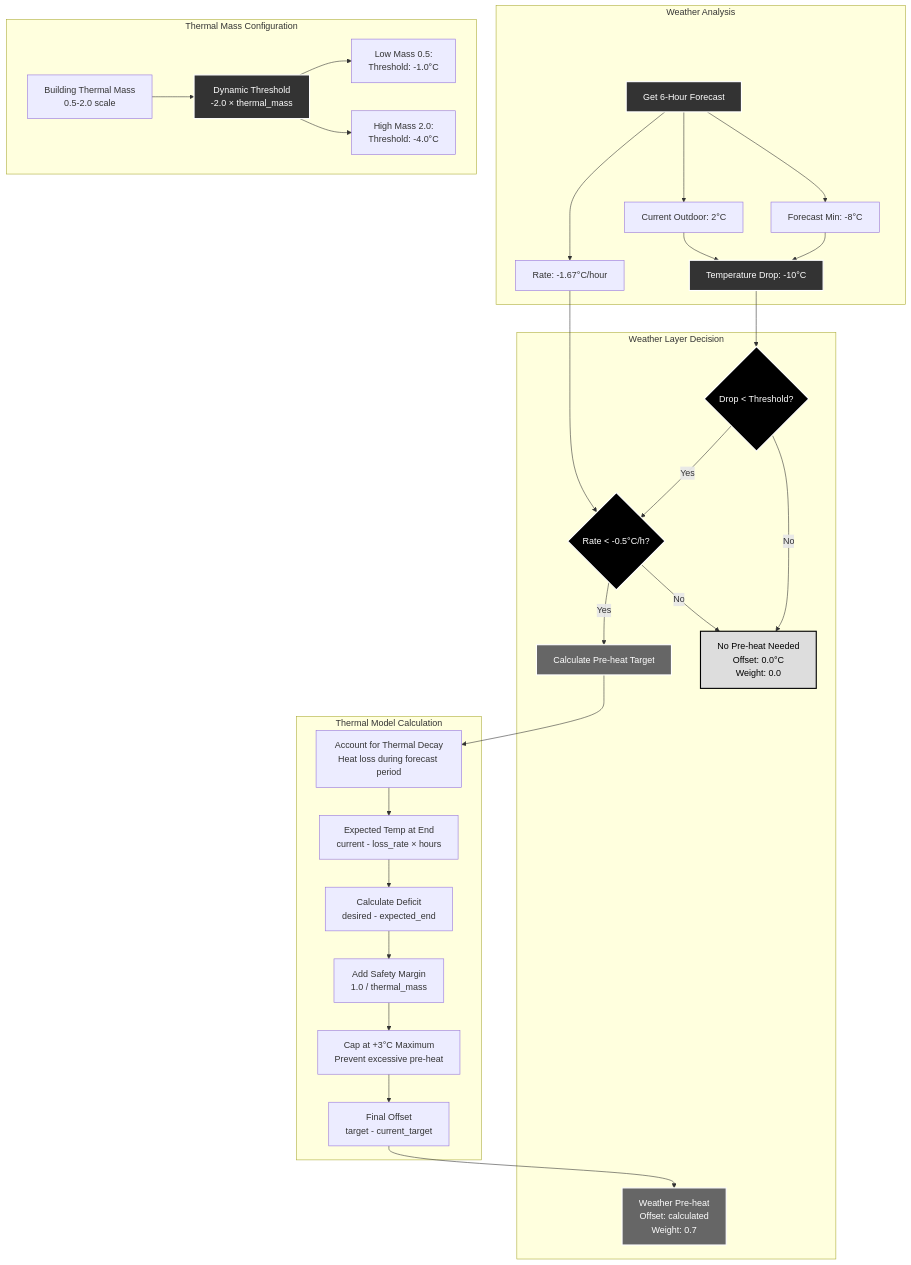
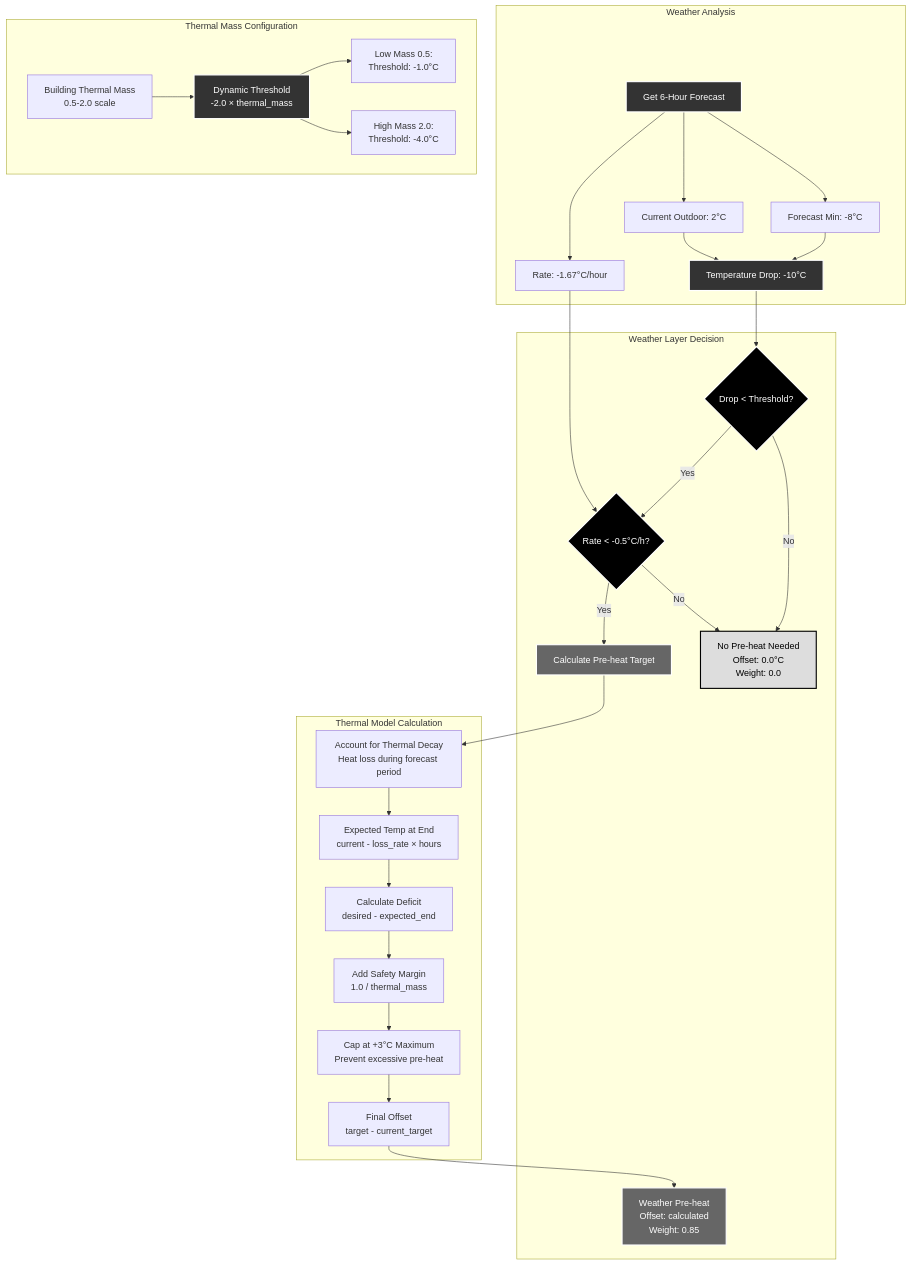
The diagram in docs/architecture/04_weather_preheating.md (enoch85/EffektGuard), drawn with Mermaid before and after one commit. The commit also changed other lines of this file and 6 other files, not shown here.

````diff
--- a/docs/architecture/04_weather_preheating.md
+++ b/docs/architecture/04_weather_preheating.md
@@ -5,72 +5,72 @@
 ```mermaid
 flowchart TD
     subgraph "Weather Analysis"
         A[Get 6-Hour Forecast]
         B[Current Outdoor: 2°C]
         C[Forecast Min: -8°C]
         D[Temperature Drop: -10°C]
         E[Rate: -1.67°C/hour]
     end
 
     subgraph "Thermal Mass Configuration"
         F[Building Thermal Mass<br/>0.5-2.0 scale]
         G[Dynamic Threshold<br/>-2.0 × thermal_mass]
         H[Low Mass 0.5:<br/>Threshold: -1.0°C]
         I[High Mass 2.0:<br/>Threshold: -4.0°C]
     end
 
     subgraph "Weather Layer Decision"
         J{Drop < Threshold?}
         K{Rate < -0.5°C/h?}
         L[Calculate Pre-heat Target]
-        M[Weather Pre-heat<br/>Offset: calculated<br/>Weight: 0.7]
+        M[Weather Pre-heat<br/>Offset: calculated<br/>Weight: 0.85]
         N[No Pre-heat Needed<br/>Offset: 0.0°C<br/>Weight: 0.0]
     end
 
     subgraph "Thermal Model Calculation"
         O[Account for Thermal Decay<br/>Heat loss during forecast period]
         P[Expected Temp at End<br/>current - loss_rate × hours]
         Q[Calculate Deficit<br/>desired - expected_end]
         R[Add Safety Margin<br/>1.0 / thermal_mass]
         S[Cap at +3°C Maximum<br/>Prevent excessive pre-heat]
         T[Final Offset<br/>target - current_target]
     end
 
     %% Flow
     A --> B
     A --> C
     B --> D
     C --> D
     A --> E
     
     F --> G
     G --> H
     G --> I
     
     D --> J
     E --> K
     J -->|Yes| K
     K -->|Yes| L
     K -->|No| N
     J -->|No| N
     
     L --> O
     O --> P
     P --> Q
     Q --> R
     R --> S
     S --> T
     T --> M
 
     %% Styling
     style A fill:#333,stroke:#fff,stroke-width:2px,color:#fff
     style D fill:#333,stroke:#fff,stroke-width:2px,color:#fff
     style G fill:#333,stroke:#fff,stroke-width:2px,color:#fff
     
     style J fill:#000,stroke:#fff,stroke-width:2px,color:#fff
     style K fill:#000,stroke:#fff,stroke-width:2px,color:#fff
     
     style L fill:#666,stroke:#fff,stroke-width:2px,color:#fff
     style M fill:#666,stroke:#fff,stroke-width:2px,color:#fff
     style N fill:#ddd,stroke:#000,stroke-width:2px,color:#000
 ```
````
